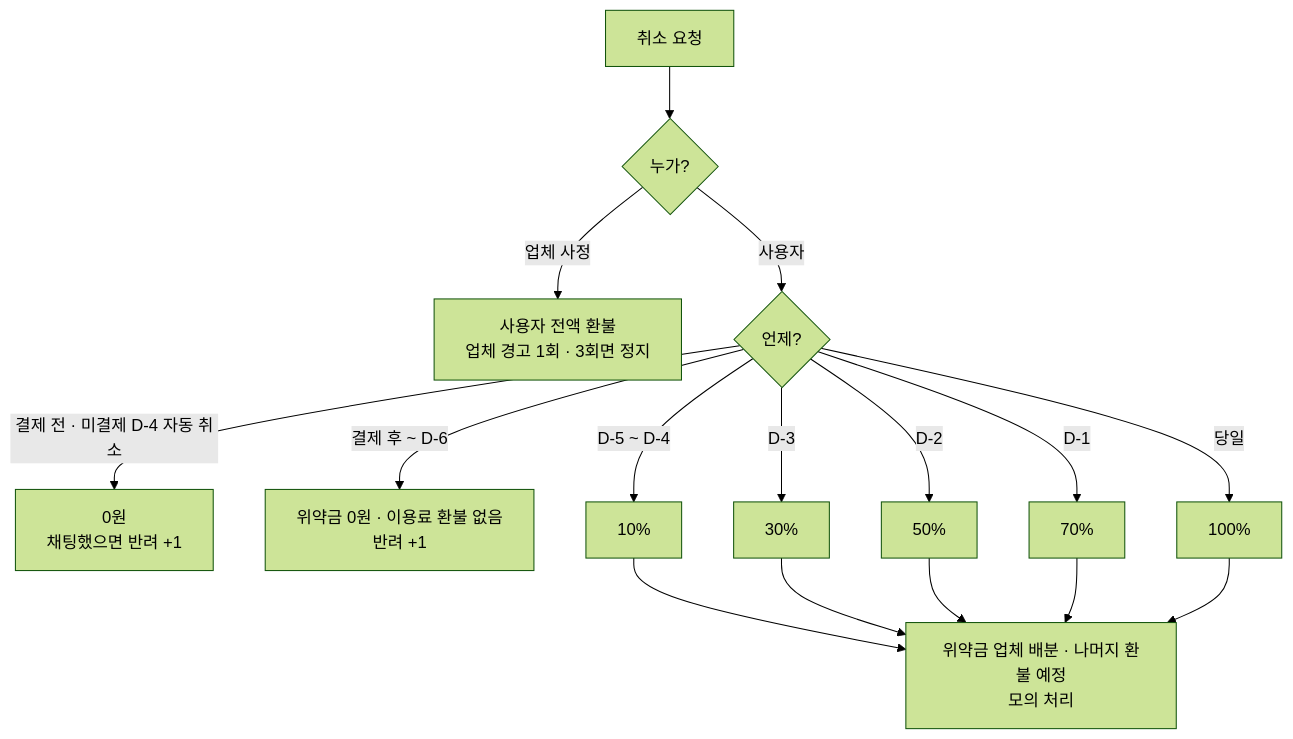
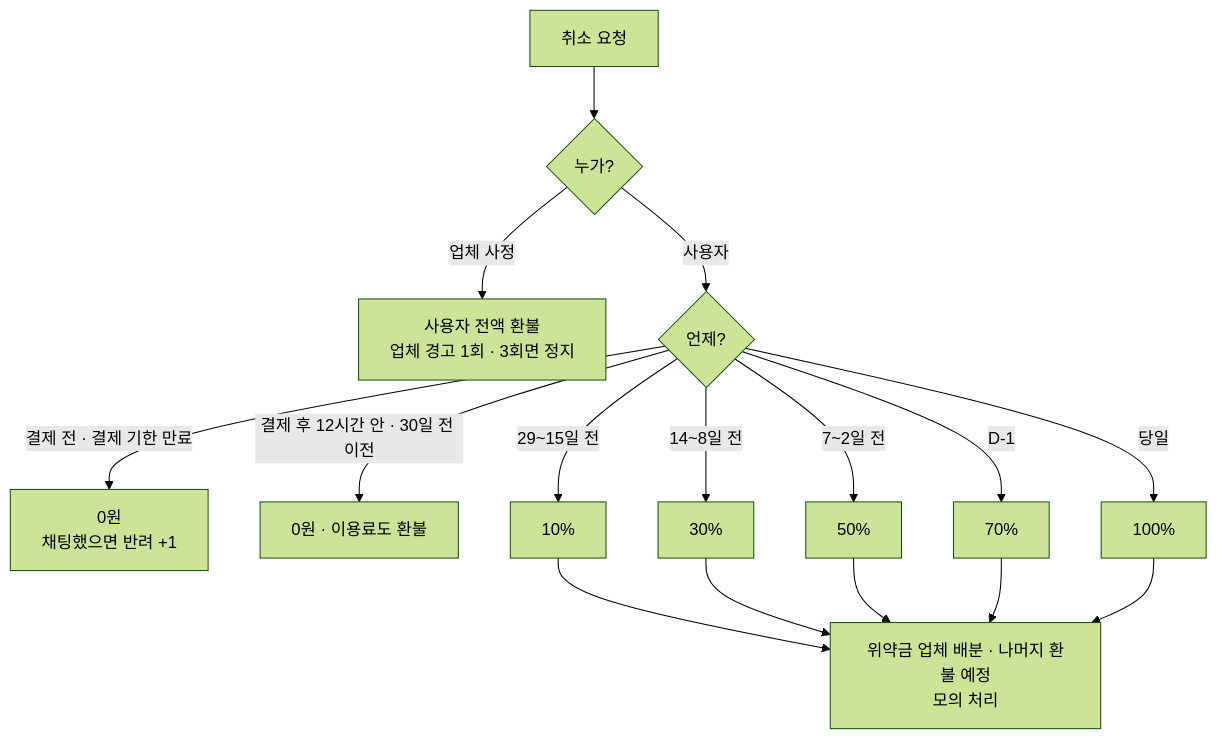
The sixth of 7 diagrams in specs/user-flow.md (KHW1003/stage-duck), drawn with Mermaid (forest theme) before and after one commit. The commit also changed 17 other files, not shown here.

````diff
--- a/specs/user-flow.md
+++ b/specs/user-flow.md
@@ -124,14 +124,14 @@
 ```mermaid
 flowchart TD
     A[취소 요청] --> B{누가?}
     B -- 업체 사정 --> C[사용자 전액 환불<br/>업체 경고 1회 · 3회면 정지]
     B -- 사용자 --> D{언제?}
-    D -- 결제 전 · 미결제 D-4 자동 취소 --> E[0원<br/>채팅했으면 반려 +1]
-    D -- 결제 후 ~ D-6 --> E2[위약금 0원 · 이용료 환불 없음<br/>반려 +1]
-    D -- D-5 ~ D-4 --> F[10%]
-    D -- D-3 --> F3[30%]
-    D -- D-2 --> G[50%]
+    D -- 결제 전 · 결제 기한 만료 --> E[0원<br/>채팅했으면 반려 +1]
+    D -- 결제 후 12시간 안 · 30일 전 이전 --> E2[0원 · 이용료도 환불]
+    D -- 29~15일 전 --> F[10%]
+    D -- 14~8일 전 --> F3[30%]
+    D -- 7~2일 전 --> G[50%]
     D -- D-1 --> H[70%]
     D -- 당일 --> I[100%]
     F & F3 & G & H & I --> J[위약금 업체 배분 · 나머지 환불 예정<br/>모의 처리]
 ```
````
